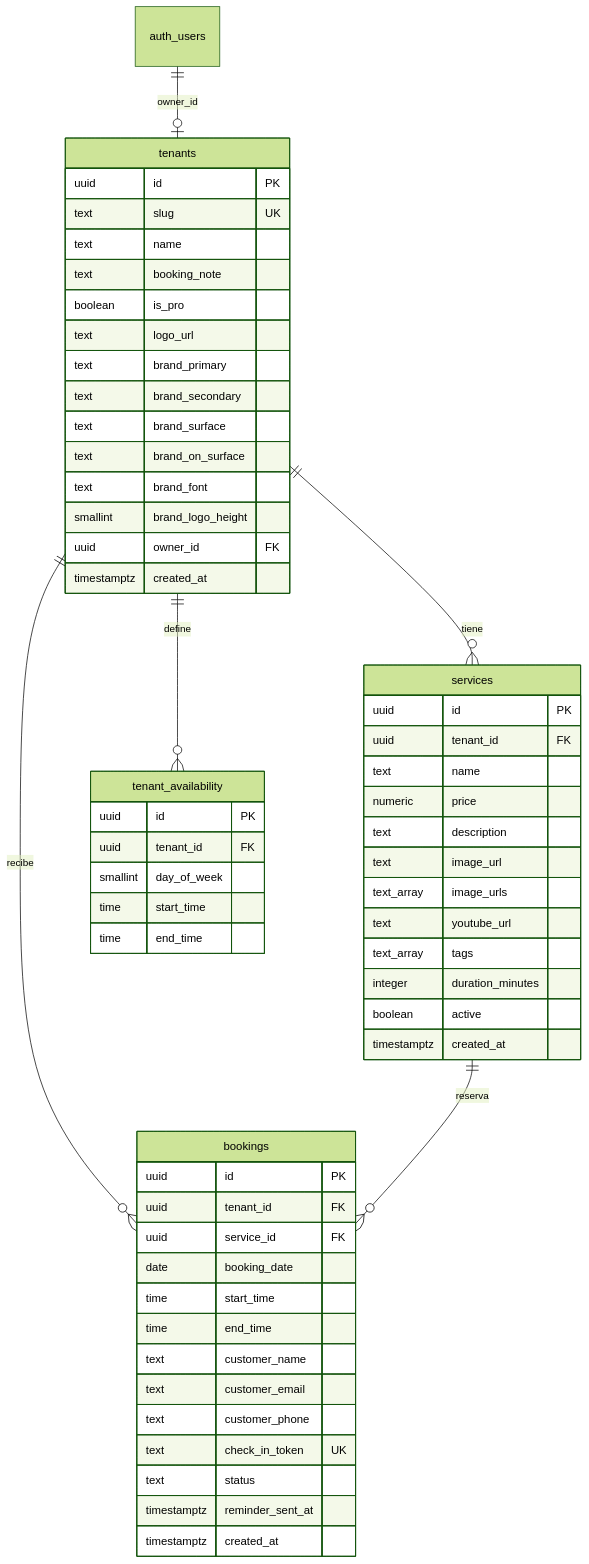
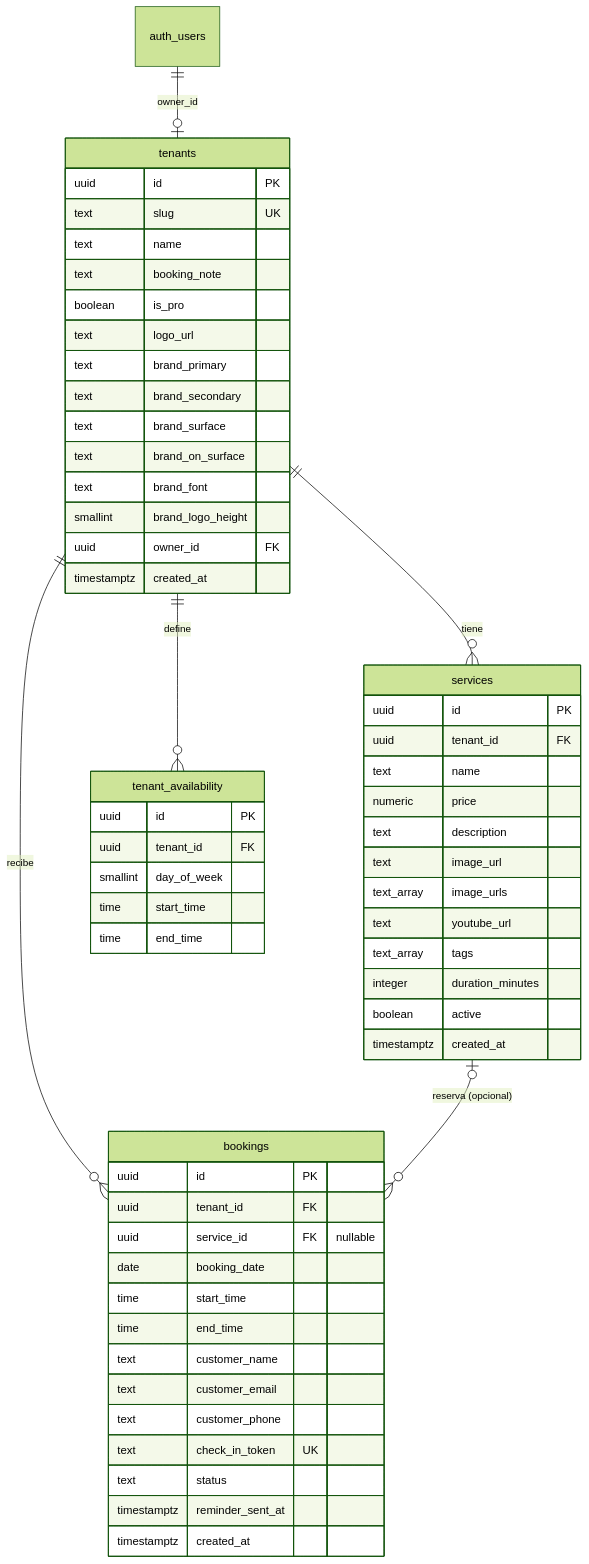
One commit to Manoplo/fastbook changed the diagram in fastbook-roadmap.md. Above: the diagram before and after it, drawn with Mermaid (forest theme). The commit also changed other lines of this file and 35 other files, not shown here.

````diff
--- a/fastbook-roadmap.md
+++ b/fastbook-roadmap.md
@@ -196,64 +207,64 @@
 ```mermaid
 erDiagram
   auth_users ||--o| tenants : "owner_id"
   tenants ||--o{ services : "tiene"
   tenants ||--o{ tenant_availability : "define"
   tenants ||--o{ bookings : "recibe"
-  services ||--o{ bookings : "reserva"
+  services |o--o{ bookings : "reserva (opcional)"
 
   tenants {
     uuid id PK
     text slug UK
     text name
     text booking_note
     boolean is_pro
     text logo_url
     text brand_primary
     text brand_secondary
     text brand_surface
     text brand_on_surface
     text brand_font
     smallint brand_logo_height
     uuid owner_id FK
     timestamptz created_at
   }
 
   services {
     uuid id PK
     uuid tenant_id FK
     text name
     numeric price
     text description
     text image_url
     text_array image_urls
     text youtube_url
     text_array tags
     integer duration_minutes
     boolean active
     timestamptz created_at
   }
 
   tenant_availability {
     uuid id PK
     uuid tenant_id FK
     smallint day_of_week
     time start_time
     time end_time
   }
 
   bookings {
     uuid id PK
     uuid tenant_id FK
-    uuid service_id FK
+    uuid service_id FK "nullable"
     date booking_date
     time start_time
     time end_time
     text customer_name
     text customer_email
     text customer_phone
     text check_in_token UK
     text status
     timestamptz reminder_sent_at
     timestamptz created_at
   }
 ```
````
